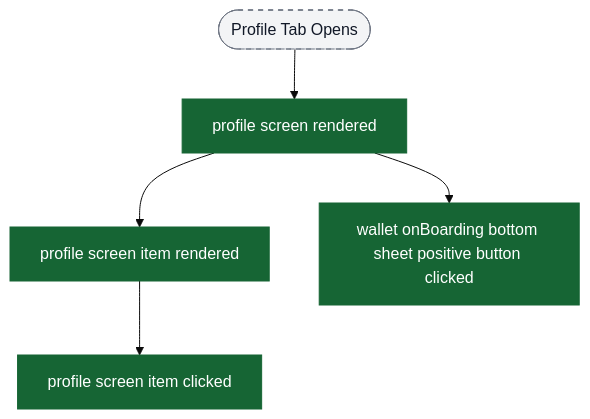
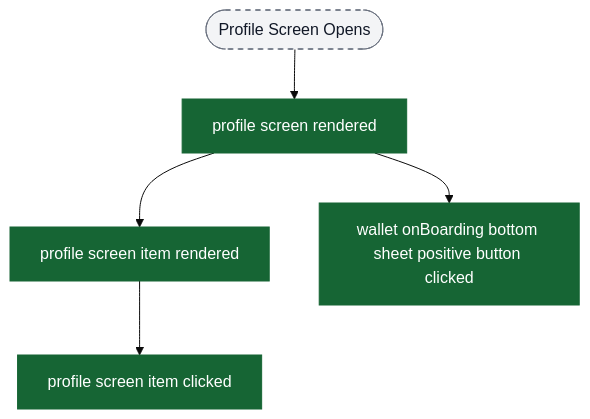
The sixth of 18 diagrams in content/analytics/home/flow-diagrams.md (ratulsarna/chalo-app-dashboard), drawn with Mermaid (base theme) before and after one commit. The commit also changed other lines of this file and 3 other files, not shown here.

Commit message:
feat(analytics): update event definitions and flow diagrams for home and instant ticket purchase flows

````diff
--- a/content/analytics/home/flow-diagrams.md
+++ b/content/analytics/home/flow-diagrams.md
@@ -176,16 +196,16 @@
 ```mermaid
 flowchart TD
-  ui_profileScreen([Profile Tab Opens]) --> ev_profileScreenRendered["profile screen rendered"]
+  ui_profileScreen([Profile Screen Opens]) --> ev_profileScreenRendered["profile screen rendered"]
 
   ev_profileScreenRendered --> ev_profileScreenItemRendered["profile screen item rendered"]
   ev_profileScreenItemRendered --> ev_profileScreenItemClicked["profile screen item clicked"]
 
   ev_profileScreenRendered --> ev_walletOnBoardingBottomSheetClicked["wallet onBoarding bottom sheet positive button clicked"]
 
   classDef event fill:#166534,stroke:#166534,color:#ffffff;
   classDef ui fill:#f3f4f6,stroke:#6b7280,stroke-dasharray: 5 5,color:#111827;
   classDef external fill:#ffffff,stroke:#6b7280,stroke-dasharray: 3 3,color:#111827;
 
   class ev_profileScreenRendered,ev_profileScreenItemRendered,ev_profileScreenItemClicked,ev_walletOnBoardingBottomSheetClicked event;
   class ui_profileScreen ui;
 ```
````
